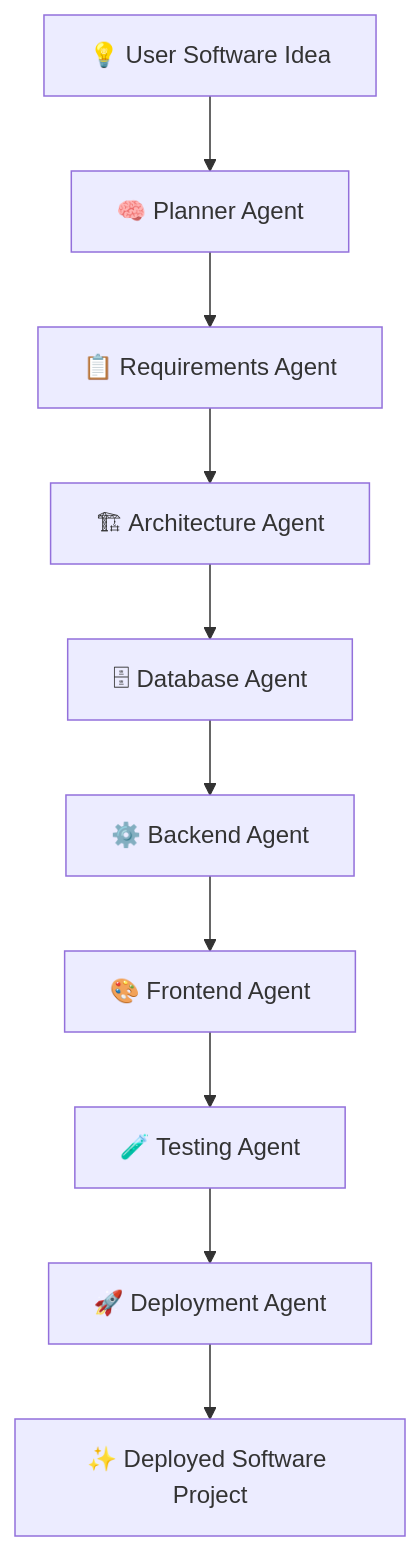
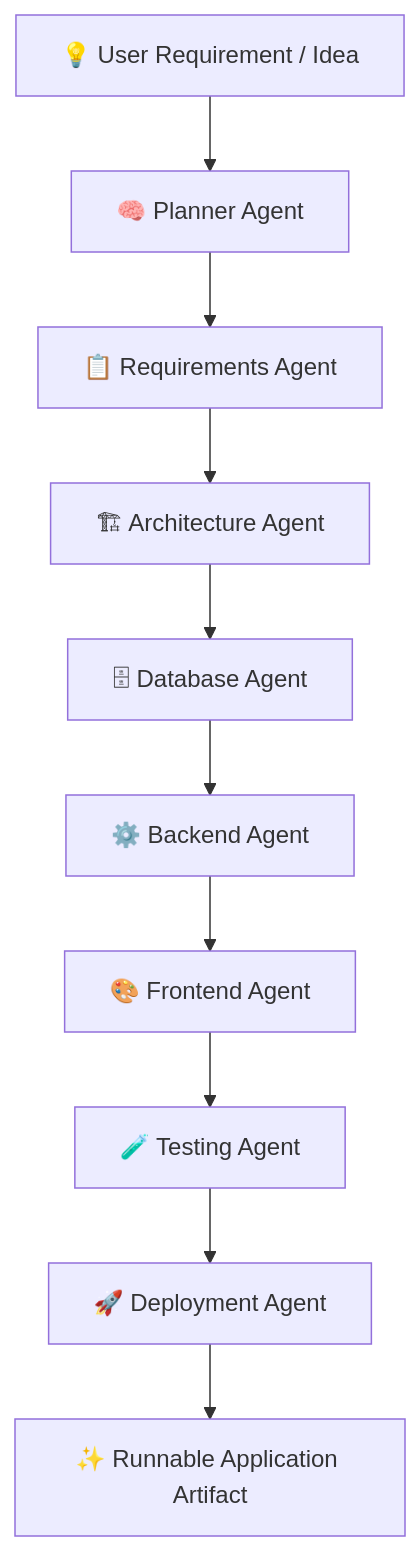
One commit to Pooja-1109/SwarmOS- changed the second of 4 diagrams in README.md. Above: the diagram before and after it, drawn with Mermaid. The commit also changed other lines of this file, not shown here.

````diff
--- a/README.md
+++ b/README.md
@@ -31,12 +50,12 @@
 ```mermaid
 flowchart TD
-    Idea["💡 User Software Idea"] --> Planner["🧠 Planner Agent"]
-    Planner --> Req["📋 Requirements Agent"]
-    Req --> Arch["🏗 Architecture Agent"]
-    Arch --> DB["🗄 Database Agent"]
-    DB --> Backend["⚙️ Backend Agent"]
-    Backend --> Frontend["🎨 Frontend Agent"]
-    Frontend --> Testing["🧪 Testing Agent"]
-    Testing --> Deploy["🚀 Deployment Agent"]
-    Deploy --> Software["✨ Deployed Software Project"]
+    User["💡 User Requirement / Idea"] --> AgentPlanner["🧠 Planner Agent"]
+    AgentPlanner --> AgentReq["📋 Requirements Agent"]
+    AgentReq --> AgentArch["🏗 Architecture Agent"]
+    AgentArch --> AgentDB["🗄 Database Agent"]
+    AgentDB --> AgentBackend["⚙️ Backend Agent"]
+    AgentBackend --> AgentFrontend["🎨 Frontend Agent"]
+    AgentFrontend --> AgentTesting["🧪 Testing Agent"]
+    AgentTesting --> AgentDeploy["🚀 Deployment Agent"]
+    AgentDeploy --> Output["✨ Runnable Application Artifact"]
 ```
````
